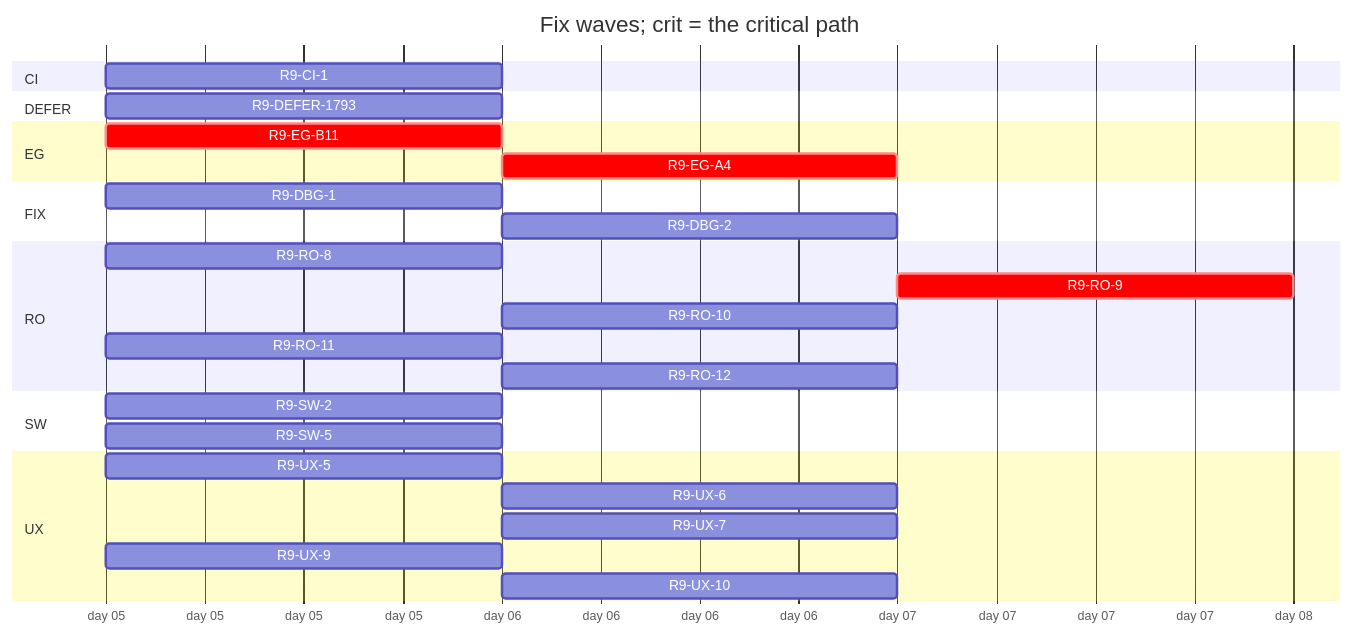
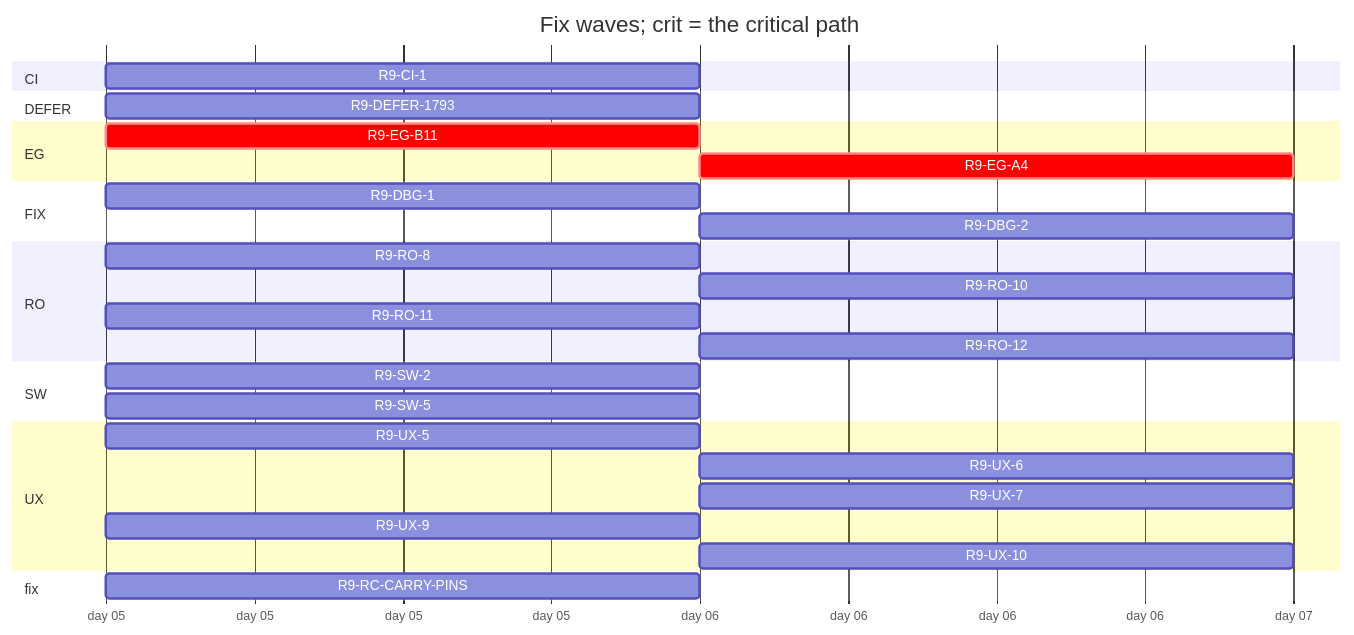
One commit to tvofi/heatpump_optimizer changed the diagram in handoff/round9/state/PLAN-TABLE.md. Above: the diagram before and after it, drawn with Mermaid. The commit also changed other lines of this file and 2 other files, not shown here.

````diff
--- a/handoff/round9/state/PLAN-TABLE.md
+++ b/handoff/round9/state/PLAN-TABLE.md
@@ -20,31 +21,32 @@
 ```mermaid
 gantt
   title Fix waves; crit = the critical path
   dateFormat YYYY-MM-DD
   axisFormat day %d
   section CI
     R9-CI-1 :r9CI1, 2026-01-05, 1d
   section DEFER
     R9-DEFER-1793 :r9DEFER1793, 2026-01-05, 1d
   section EG
     R9-EG-B11 :crit, r9EGB11, 2026-01-05, 1d
     R9-EG-A4 :crit, r9EGA4, after r9EGB11, 1d
   section FIX
     R9-DBG-1 :r9DBG1, 2026-01-05, 1d
     R9-DBG-2 :r9DBG2, after r9DBG1, 1d
   section RO
     R9-RO-8 :r9RO8, 2026-01-05, 1d
-    R9-RO-9 :crit, r9RO9, after r9RO8 r9EGA4 r9UX5 r9UX6 r9UX7, 1d
     R9-RO-10 :r9RO10, after r9RO8, 1d
     R9-RO-11 :r9RO11, 2026-01-05, 1d
     R9-RO-12 :r9RO12, after r9CI1, 1d
   section SW
     R9-SW-2 :r9SW2, 2026-01-05, 1d
     R9-SW-5 :r9SW5, 2026-01-05, 1d
   section UX
     R9-UX-5 :r9UX5, 2026-01-05, 1d
     R9-UX-6 :r9UX6, after r9EGB11 r9UX5, 1d
     R9-UX-7 :r9UX7, after r9EGB11 r9UX5, 1d
     R9-UX-9 :r9UX9, 2026-01-05, 1d
     R9-UX-10 :r9UX10, after r9UX9, 1d
+  section fix
+    R9-RC-CARRY-PINS :r9RCCARRYPINS, 2026-01-05, 1d
 ```
````
